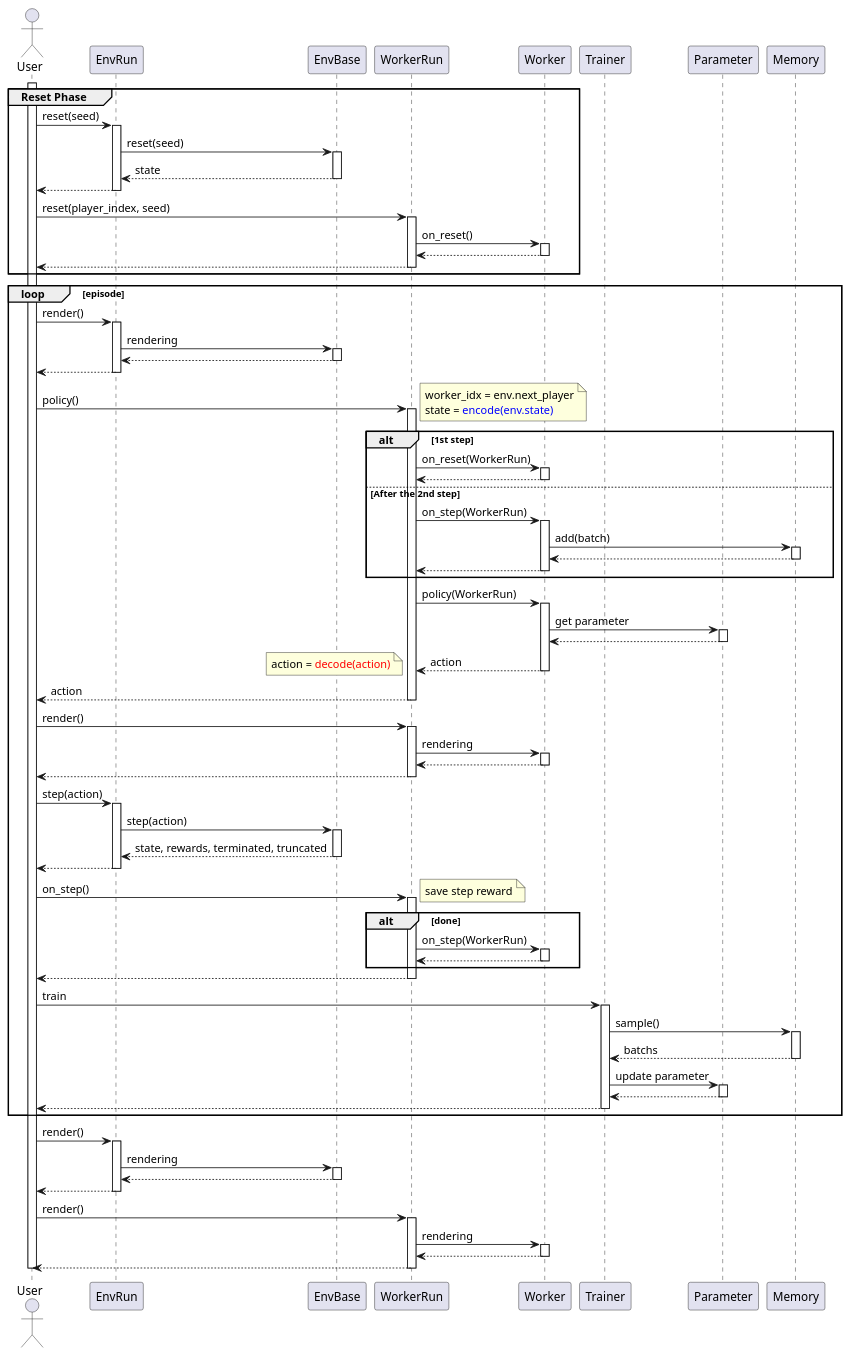
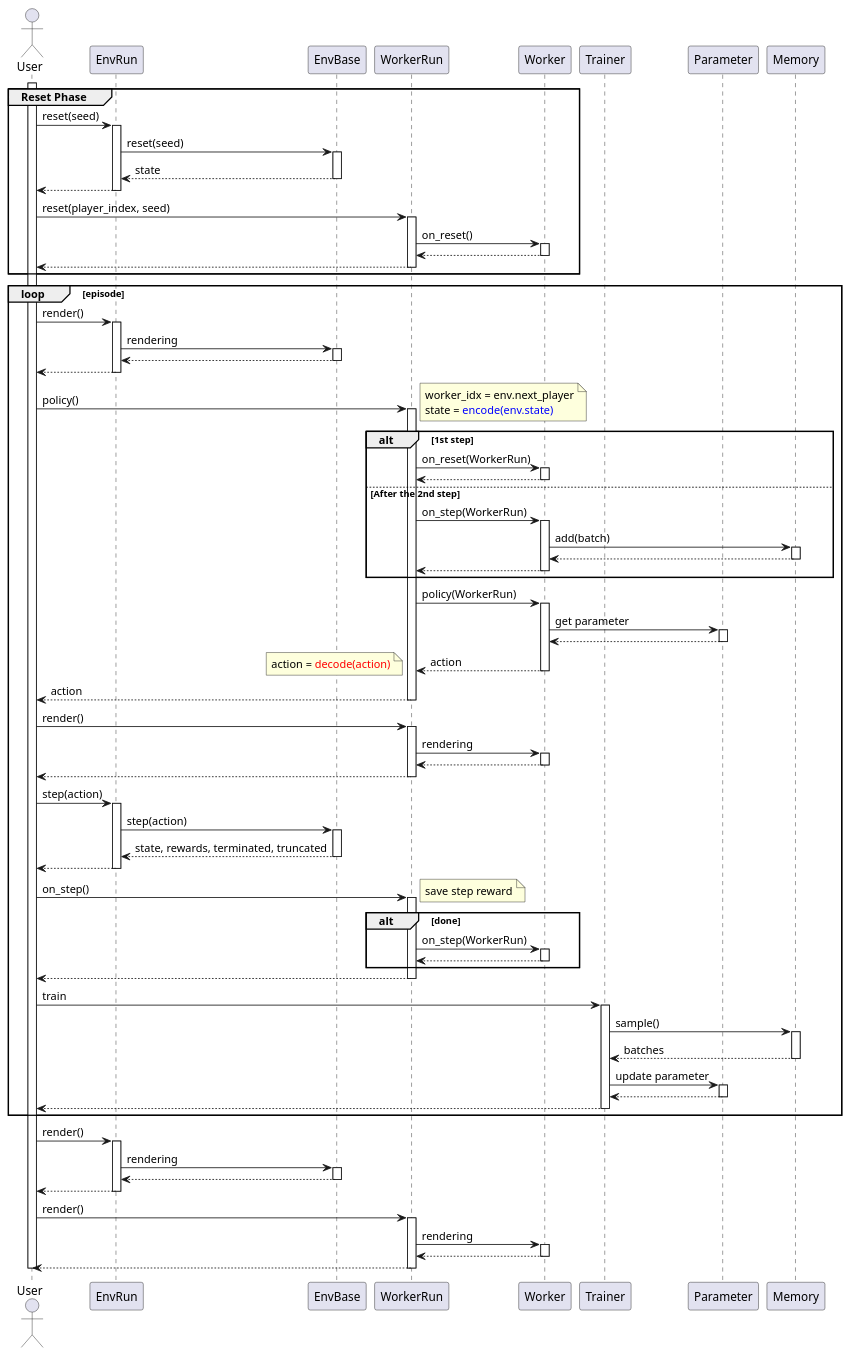
One commit to pocokhc/simple_distributed_rl changed the diagram in diagrams/playflow2.pu. Above: the diagram before and after it, drawn with PlantUML. The commit also changed 9 other files, not shown here.

Commit message:
[diagrams] update

```diff
--- a/diagrams/playflow2.pu
+++ b/diagrams/playflow2.pu
@@ -1,103 +1,103 @@
 @startuml playflow2
 autoactivate on
 
 actor User
 
 participant EnvRun
 participant EnvBase
 
 participant WorkerRun
 participant Worker
 
 participant Trainer
 participant Parameter
 participant Memory
 
 
 activate User
 
 group Reset Phase
     User -> EnvRun: reset(seed)
         EnvRun -> EnvBase: reset(seed)
         return state
     return
 
     User -> WorkerRun: reset(player_index, seed)
         WorkerRun -> Worker: on_reset()
         return
     return
 end
 
 loop episode
     User -> EnvRun: render()
         EnvRun -> EnvBase: rendering
         return
     return
 
     User -> WorkerRun: policy()
         note right
         worker_idx = env.next_player
         state = <color blue>encode(env.state)</color>
         end note
 
         alt 1st step
             WorkerRun -> Worker: on_reset(WorkerRun)
             return
         else After the 2nd step
             WorkerRun -> Worker: on_step(WorkerRun)
                 Worker -> Memory: add(batch)
                 return
             return
         end
 
         WorkerRun -> Worker: policy(WorkerRun)
             Worker -> Parameter: get parameter
             return
         return action
 
         note left
         action = <color red>decode(action)</color>
         end note
     return action
 
     User -> WorkerRun: render()
         WorkerRun -> Worker: rendering
         return
     return
     
     User -> EnvRun: step(action)
         EnvRun -> EnvBase: step(action)
         return state, rewards, terminated, truncated
     return
 
     User -> WorkerRun: on_step()
         note right
         save step reward
         end note
         alt done
             WorkerRun -> Worker: on_step(WorkerRun)
             return
         end
     return
 
     User -> Trainer: train
         Trainer -> Memory: sample()
-        return batchs
+        return batches
         Trainer -> Parameter: update parameter
         return
     return
 
 end
 
 User -> EnvRun: render()
     EnvRun -> EnvBase: rendering
     return
 return
 User -> WorkerRun: render()
     WorkerRun -> Worker: rendering
     return
 return
 
 deactivate User
 
 @enduml
```
